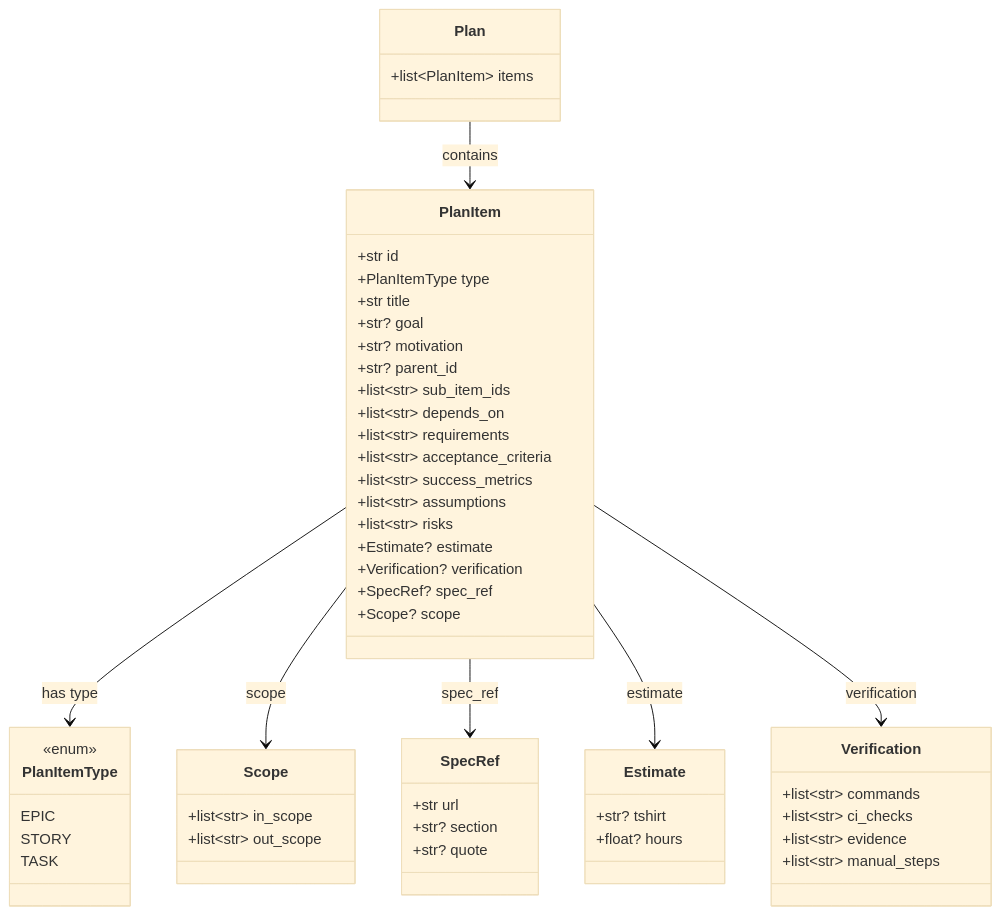
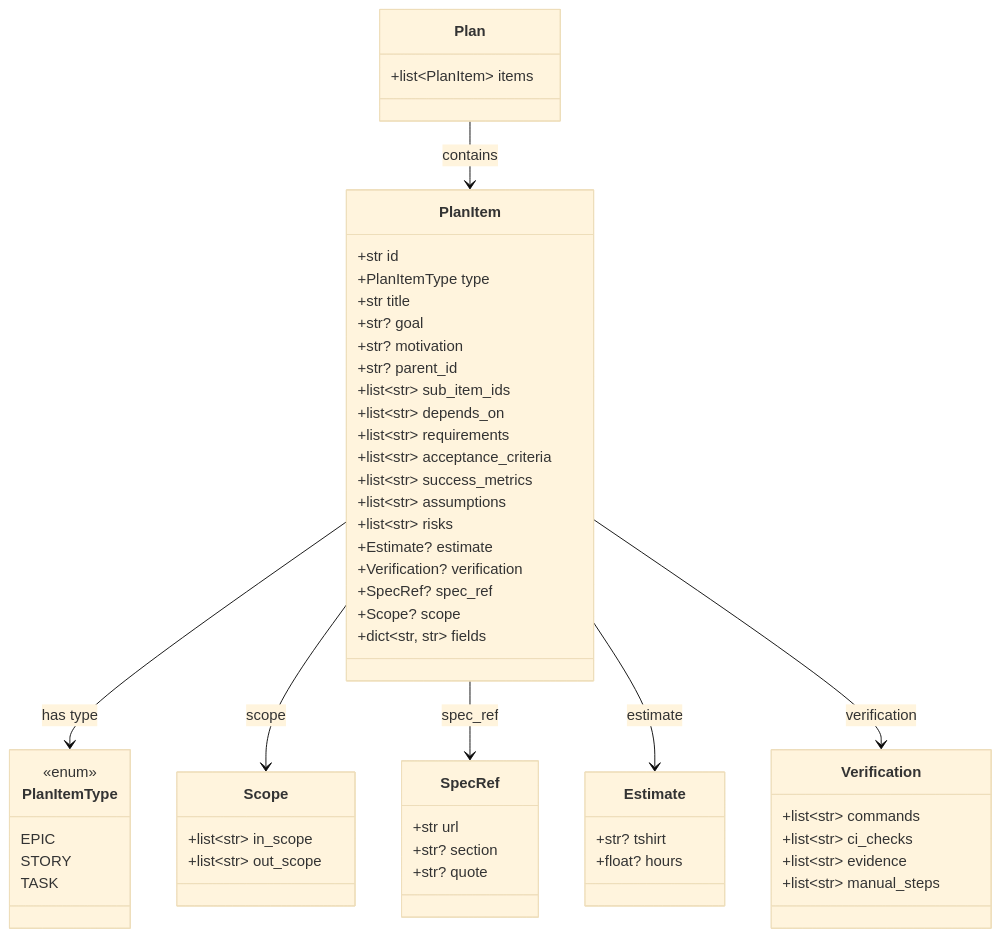
Before and after one commit to aryeko/gh-project-plan-sync: the first of 2 diagrams in docs/design/contracts.md, drawn with Mermaid (base theme). The commit also changed other lines of this file and 18 other files, not shown here.

````diff
--- a/docs/design/contracts.md
+++ b/docs/design/contracts.md
@@ -26,63 +26,64 @@
 ```mermaid
 classDiagram
     class PlanItemType {
         <<enum>>
         EPIC
         STORY
         TASK
     }
 
     class PlanItem {
         +str id
         +PlanItemType type
         +str title
         +str? goal
         +str? motivation
         +str? parent_id
         +list~str~ sub_item_ids
         +list~str~ depends_on
         +list~str~ requirements
         +list~str~ acceptance_criteria
         +list~str~ success_metrics
         +list~str~ assumptions
         +list~str~ risks
         +Estimate? estimate
         +Verification? verification
         +SpecRef? spec_ref
         +Scope? scope
+        +dict~str, str~ fields
     }
 
     class Plan {
         +list~PlanItem~ items
     }
 
     class Scope {
         +list~str~ in_scope
         +list~str~ out_scope
     }
 
     class SpecRef {
         +str url
         +str? section
         +str? quote
     }
 
     class Estimate {
         +str? tshirt
         +float? hours
     }
 
     class Verification {
         +list~str~ commands
         +list~str~ ci_checks
         +list~str~ evidence
         +list~str~ manual_steps
     }
 
     Plan --> PlanItem : contains
     PlanItem --> PlanItemType : has type
     PlanItem --> Scope : scope
     PlanItem --> SpecRef : spec_ref
     PlanItem --> Estimate : estimate
     PlanItem --> Verification : verification
 ```
````
